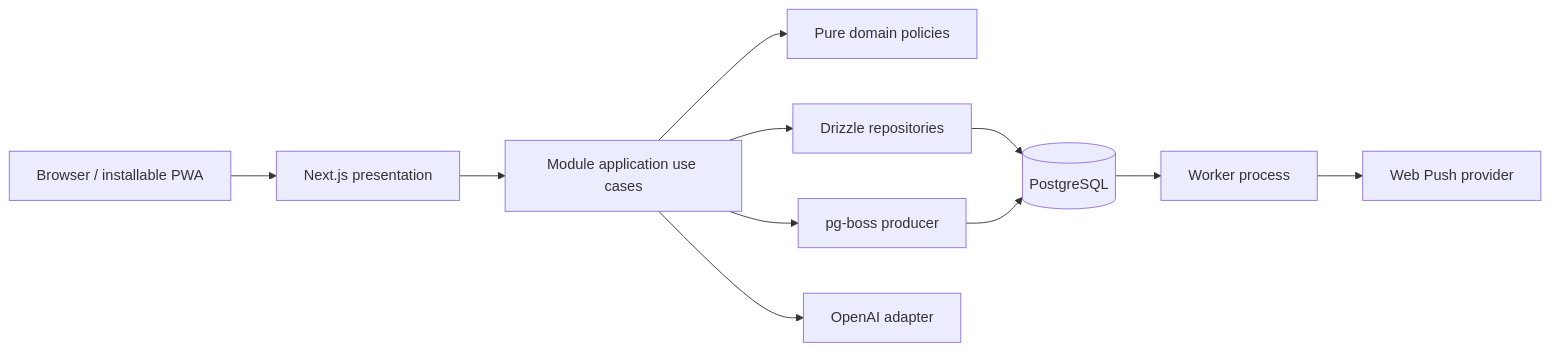
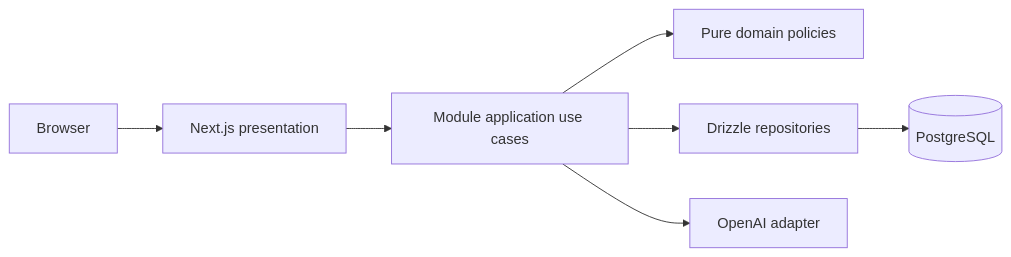
The first of 2 diagrams in docs/ARCHITECTURE.md (felixfirefighter/opentask), drawn with Mermaid before and after one commit. The commit also changed other lines of this file and 36 other files, not shown here.

````diff
--- a/docs/ARCHITECTURE.md
+++ b/docs/ARCHITECTURE.md
@@ -5,13 +5,9 @@
 ```mermaid
 flowchart LR
-    PWA["Browser / installable PWA"] --> PRES["Next.js presentation"]
+    BROWSER["Browser"] --> PRES["Next.js presentation"]
     PRES --> APP["Module application use cases"]
     APP --> DOM["Pure domain policies"]
     APP --> DBI["Drizzle repositories"]
     DBI --> PG[("PostgreSQL")]
-    APP --> JOB["pg-boss producer"]
-    JOB --> PG
-    PG --> WORKER["Worker process"]
-    WORKER --> PUSH["Web Push provider"]
     APP --> OAI["OpenAI adapter"]
 ```
````
